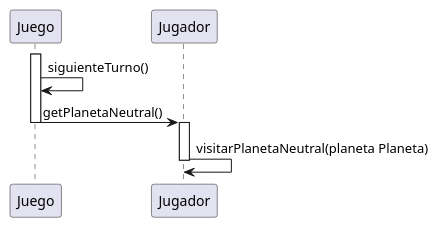
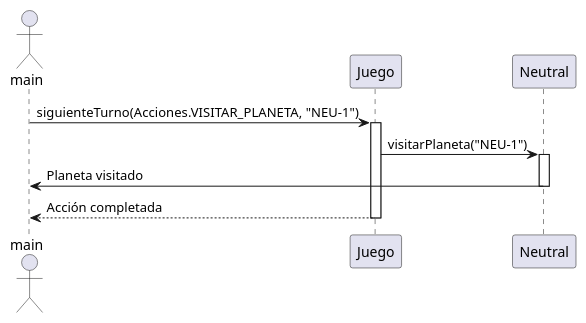
One commit to ianlio-git/LostGalaxy changed the diagram in src/main/java/org/example/Diagrams/TPO_SequenceDiagramVisitNeutralPlanet.puml. Above: the diagram before and after it, drawn with PlantUML. The commit also changed 5 other files, not shown here.

Commit message:
hiceLosDiagramasDeSecuenciaNoSeNiComo

```diff
--- a/src/main/java/org/example/Diagrams/TPO_SequenceDiagramVisitNeutralPlanet.puml
+++ b/src/main/java/org/example/Diagrams/TPO_SequenceDiagramVisitNeutralPlanet.puml
@@ -1,14 +1,13 @@
 @startuml
+actor main
 participant Juego
-participant Jugador
-
-
+participant Neutral
+main -> Juego: siguienteTurno(Acciones.VISITAR_PLANETA, "NEU-1")
 activate Juego
+Juego -> Neutral: visitarPlaneta("NEU-1")
+activate Neutral
+Neutral -> main: Planeta visitado
+deactivate Neutral
+Juego --> main: Acción completada
 deactivate Juego
-Juego -> Juego: siguienteTurno()
-Juego -> Jugador: getPlanetaNeutral()
-deactivate Juego
-activate Jugador
-Jugador -> Jugador: visitarPlanetaNeutral(planeta Planeta)
-deactivate Jugador
 @enduml
```
